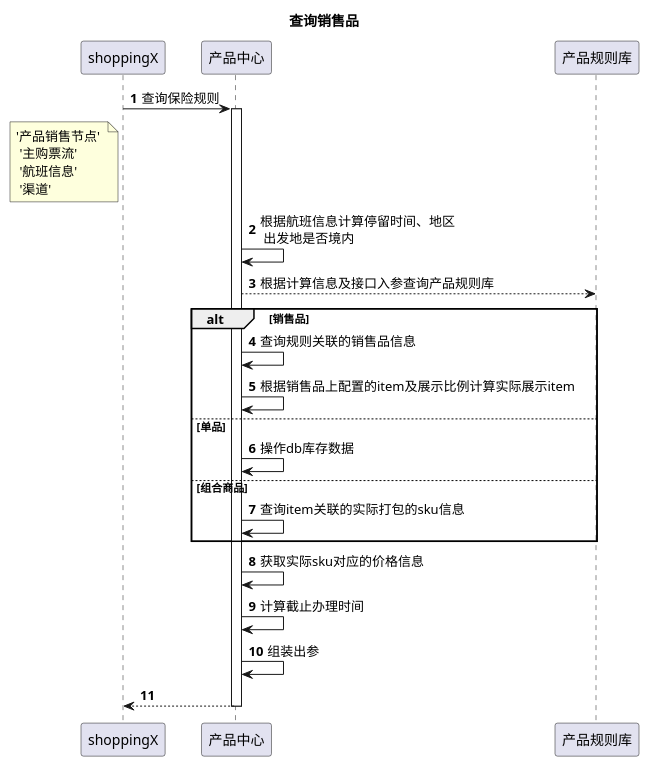
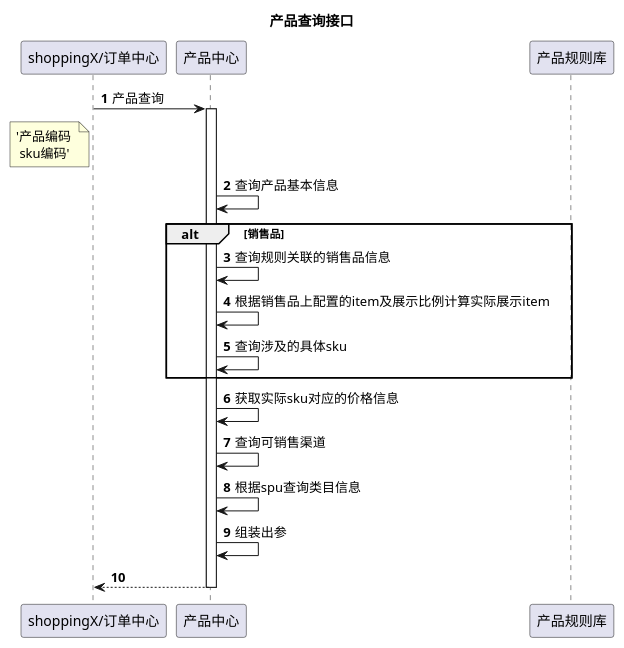
The diagram in src/main/resources/plantuml/nh/querySalesProduct.puml (learnxin/testdemo), drawn with PlantUML before and after one commit. The commit also changed 2 other files, not shown here.

Commit message:
commit plant uml

```diff
--- a/src/main/resources/plantuml/nh/querySalesProduct.puml
+++ b/src/main/resources/plantuml/nh/querySalesProduct.puml
@@ -1,30 +1,27 @@
 @startuml
 'https://plantuml.com/sequence-diagram
-title 查询销售品
+title 产品查询接口
 autonumber
 
-
-participant "shoppingX" as shop
+participant "shoppingX/订单中心" as shop
 participant "产品中心" as p
 participant "产品规则库" as gzk
 
-shop -> p: 查询保险规则
+shop -> p: 产品查询
 activate p
-note left of shop: '产品销售节点' \n '主购票流'\n '航班信息' \n '渠道'
+note left of shop: '产品编码 \n sku编码'
 
-p->p: 根据航班信息计算停留时间、地区\n 出发地是否境内
-p --> gzk: 根据计算信息及接口入参查询产品规则库
+p -> p:查询产品基本信息
 alt 销售品
 p -> p: 查询规则关联的销售品信息
 p -> p: 根据销售品上配置的item及展示比例计算实际展示item
-else 单品
-p -> p :操作db库存数据
-else 组合商品
-p -> p: 查询item关联的实际打包的sku信息
+p -> p: 查询涉及的具体sku
 end
 p -> p: 获取实际sku对应的价格信息
-p -> p: 计算截止办理时间
+p -> p: 查询可销售渠道
+p -> p: 根据spu查询类目信息
+
 p -> p: 组装出参
 
 return
 @enduml
```
